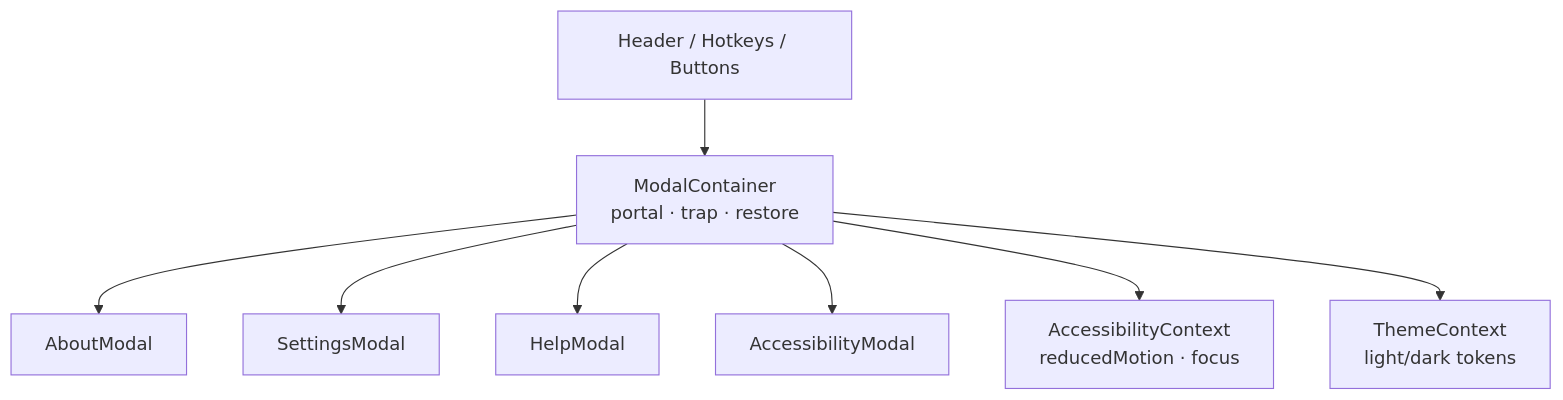
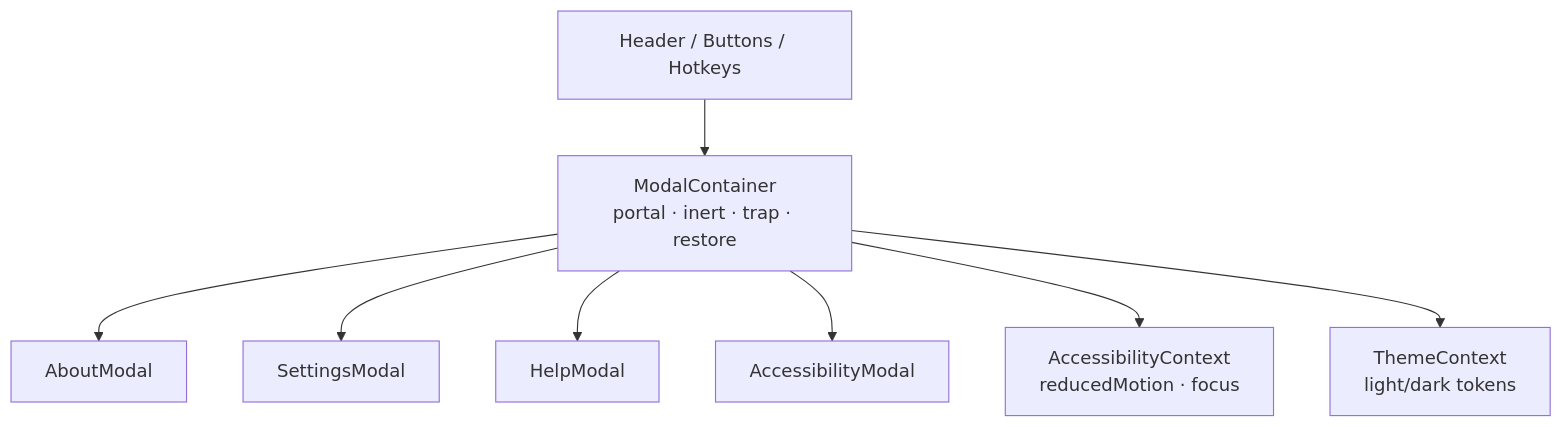
Before and after one commit to bartytime4life/Kansas-Frontier-Matrix: the diagram in web/src/components/Modals/README.md, drawn with Mermaid. The commit also changed other lines of this file, not shown here.

````diff
--- a/web/src/components/Modals/README.md
+++ b/web/src/components/Modals/README.md
@@ -56,11 +114,10 @@
 ```mermaid
 flowchart TD
-  TRG["Header / Hotkeys / Buttons"] --> MC["ModalContainer<br/>portal · trap · restore"]
+  TRG["Header / Buttons / Hotkeys"] --> MC["ModalContainer<br/>portal · inert · trap · restore"]
   MC --> M1["AboutModal"]
   MC --> M2["SettingsModal"]
   MC --> M3["HelpModal"]
   MC --> M4["AccessibilityModal"]
   MC --> ACC["AccessibilityContext<br/>reducedMotion · focus"]
   MC --> THEME["ThemeContext<br/>light/dark tokens"]
-%% END OF MERMAID
 ```
````
